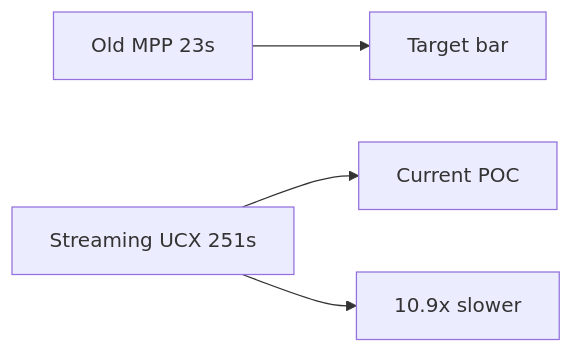
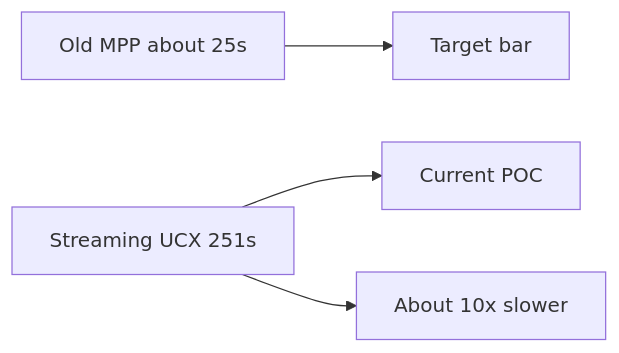
The fifth of 6 diagrams in docs/pipelined-shuffle-tpch-status-20260721.md (winningsix/spark), drawn with Mermaid before and after one commit. The commit also changed other lines of this file, not shown here.

Commit message:
docs(shuffle): clarify old MPP baseline timing

````diff
--- a/docs/pipelined-shuffle-tpch-status-20260721.md
+++ b/docs/pipelined-shuffle-tpch-status-20260721.md
@@ -239,6 +240,6 @@
 ```mermaid
 flowchart LR
-  A[Old MPP 23s] --> B[Target bar]
+  A[Old MPP about 25s] --> B[Target bar]
   C[Streaming UCX 251s] --> D[Current POC]
-  C --> E[10.9x slower]
+  C --> E[About 10x slower]
 ```
````
